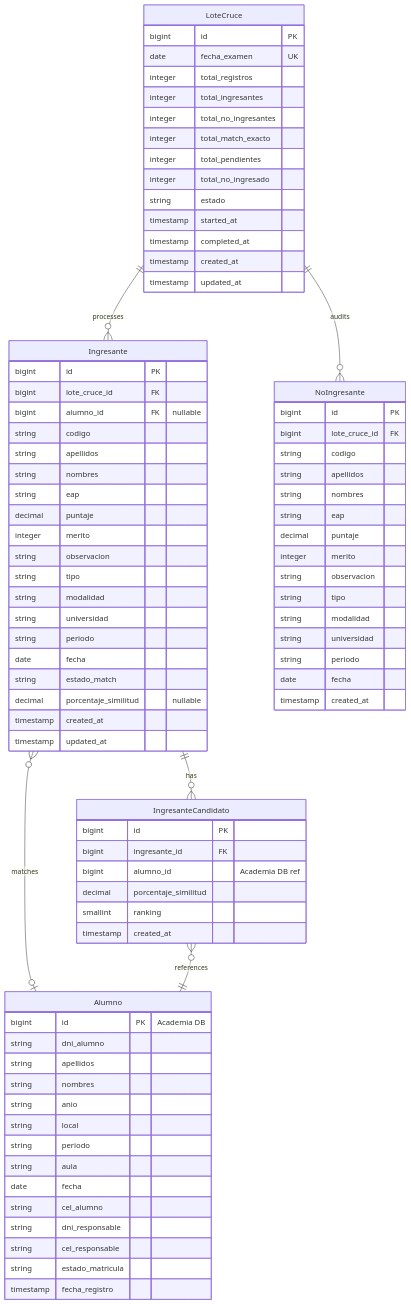
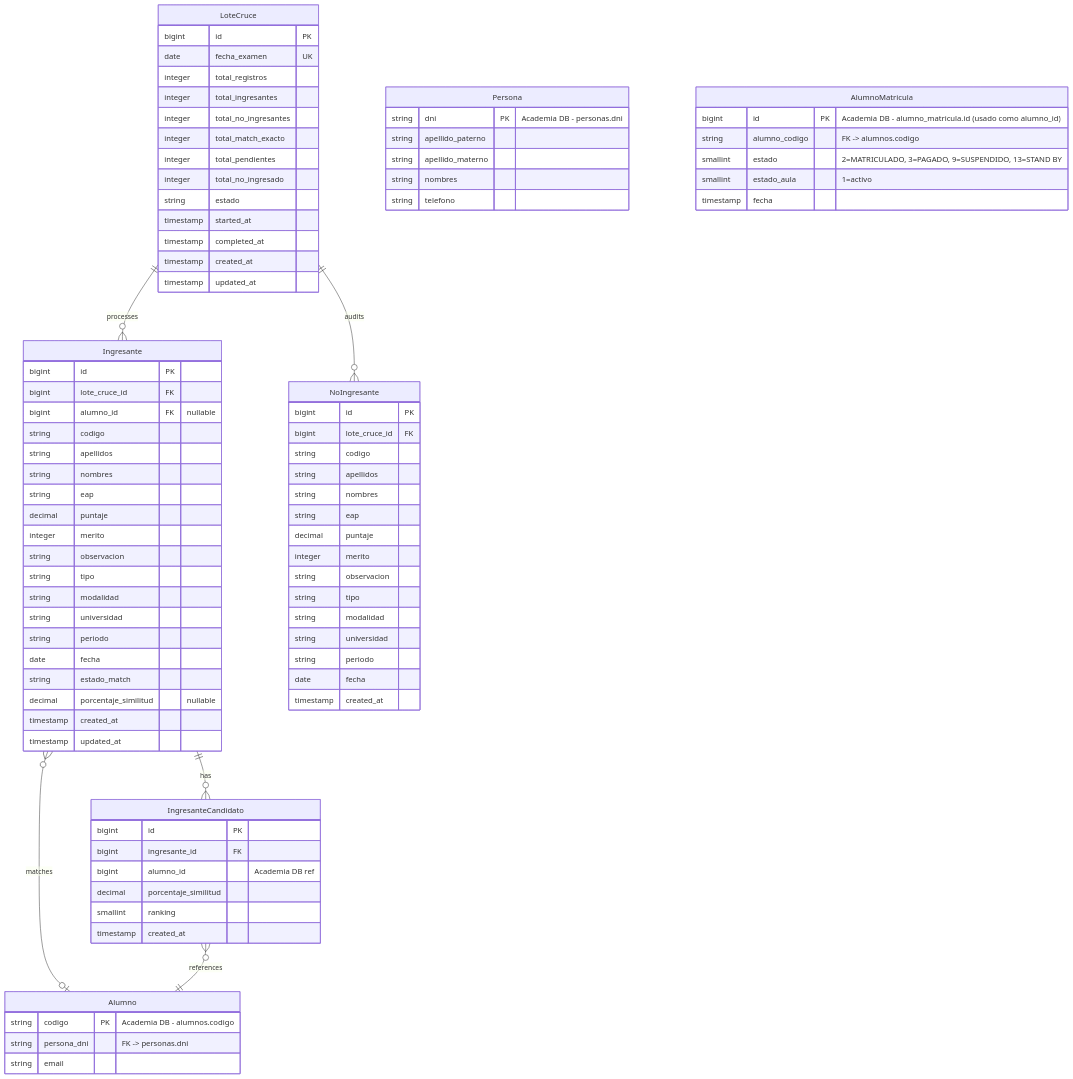
One commit to renzo971/proyectovonex changed the diagram in .specify/specs/001-motor-cruce-ingresantes/data-model.md. Above: the diagram before and after it, drawn with Mermaid. The commit also changed other lines of this file and 2 other files, not shown here.

First line of the commit message:
docs(cruce): add real Academia 3-table schema to context bridge

````diff
--- a/.specify/specs/001-motor-cruce-ingresantes/data-model.md
+++ b/.specify/specs/001-motor-cruce-ingresantes/data-model.md
@@ -82,19 +82,24 @@
     }
 
     Alumno {
-        bigint id PK "Academia DB"
-        string dni_alumno
-        string apellidos
+        string codigo PK "Academia DB - alumnos.codigo"
+        string persona_dni "FK -> personas.dni"
+        string email
+    }
+
+    Persona {
+        string dni PK "Academia DB - personas.dni"
+        string apellido_paterno
+        string apellido_materno
         string nombres
-        string anio
-        string local
-        string periodo
-        string aula
-        date fecha
-        string cel_alumno
-        string dni_responsable
-        string cel_responsable
-        string estado_matricula
-        timestamp fecha_registro
+        string telefono
+    }
+
+    AlumnoMatricula {
+        bigint id PK "Academia DB - alumno_matricula.id (usado como alumno_id)"
+        string alumno_codigo "FK -> alumnos.codigo"
+        smallint estado "2=MATRICULADO, 3=PAGADO, 9=SUSPENDIDO, 13=STAND BY"
+        smallint estado_aula "1=activo"
+        timestamp fecha
     }
 ```
````
